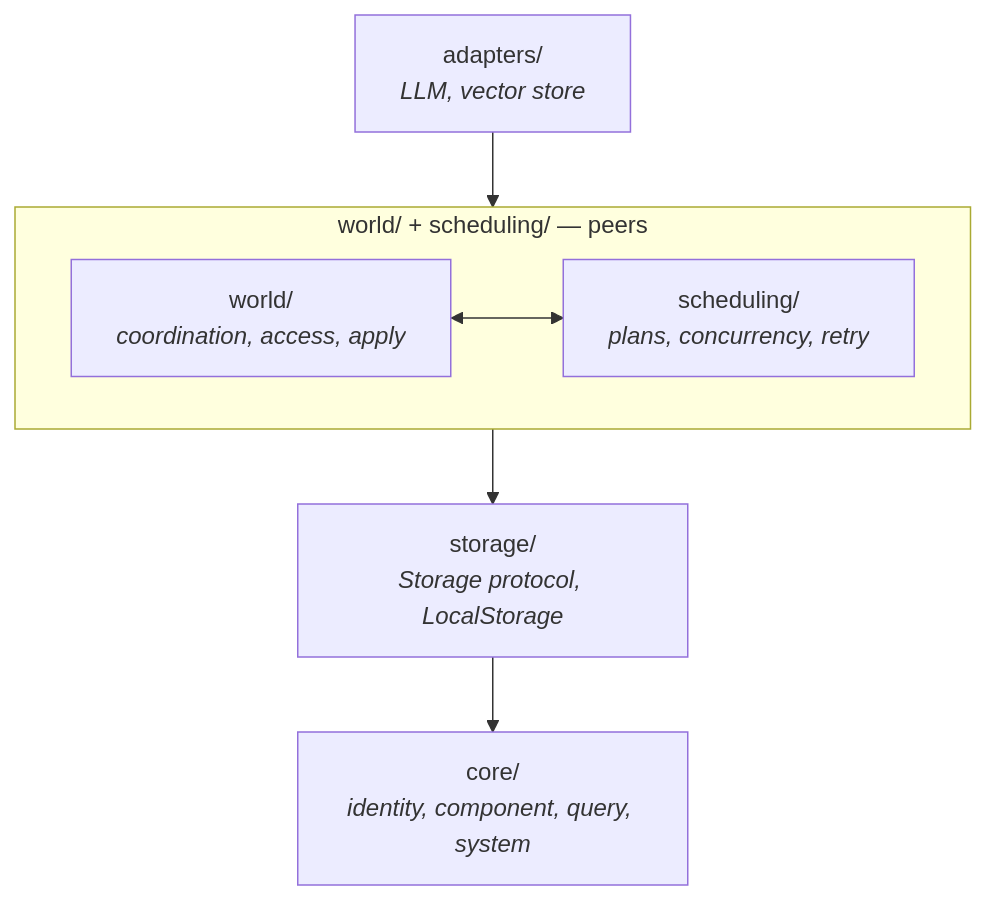
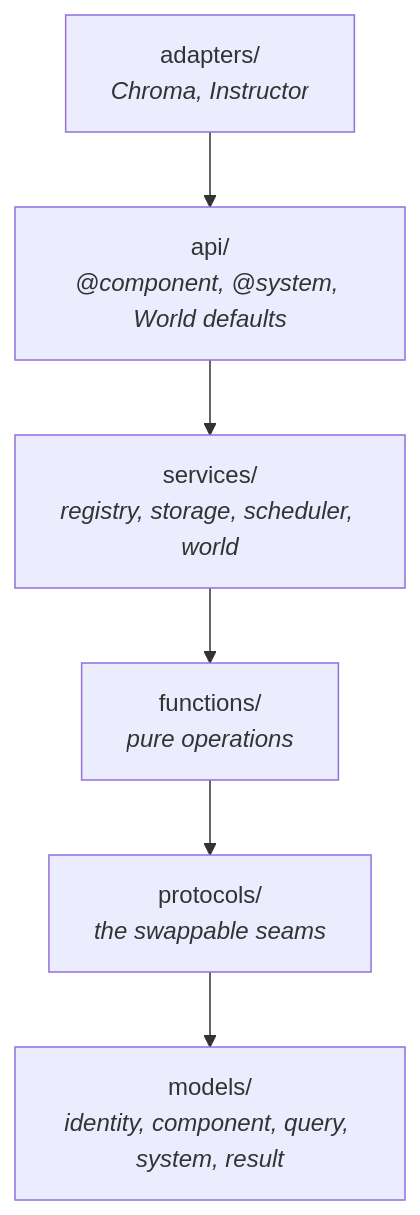
Before and after one commit to extensivelabs/agentecs: the diagram in docs/architecture/altitudes.md, drawn with Mermaid. The commit also changed other lines of this file and 108 other files, not shown here.

````diff
--- a/docs/architecture/altitudes.md
+++ b/docs/architecture/altitudes.md
@@ -33,10 +33,8 @@
 ```mermaid
 flowchart TD
-    A["adapters/<br/><i>LLM, vector store</i>"] --> B
-    subgraph B ["world/ + scheduling/ — peers"]
-        direction LR
-        W["world/<br/><i>coordination, access, apply</i>"] <--> SCH["scheduling/<br/><i>plans, concurrency, retry</i>"]
-    end
-    B --> C["storage/<br/><i>Storage protocol, LocalStorage</i>"]
-    C --> D["core/<br/><i>identity, component, query, system</i>"]
+    A["adapters/<br/><i>Chroma, Instructor</i>"] --> B["api/<br/><i>@component, @system, World defaults</i>"]
+    B --> C["services/<br/><i>registry, storage, scheduler, world</i>"]
+    C --> D["functions/<br/><i>pure operations</i>"]
+    D --> E["protocols/<br/><i>the swappable seams</i>"]
+    E --> F["models/<br/><i>identity, component, query, system, result</i>"]
 ```
````
